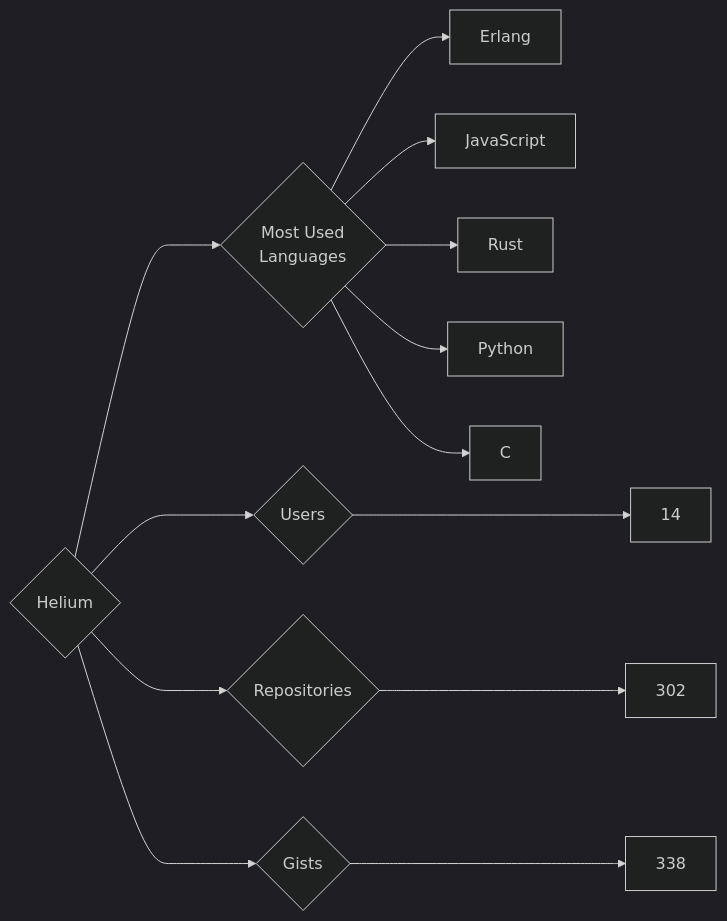
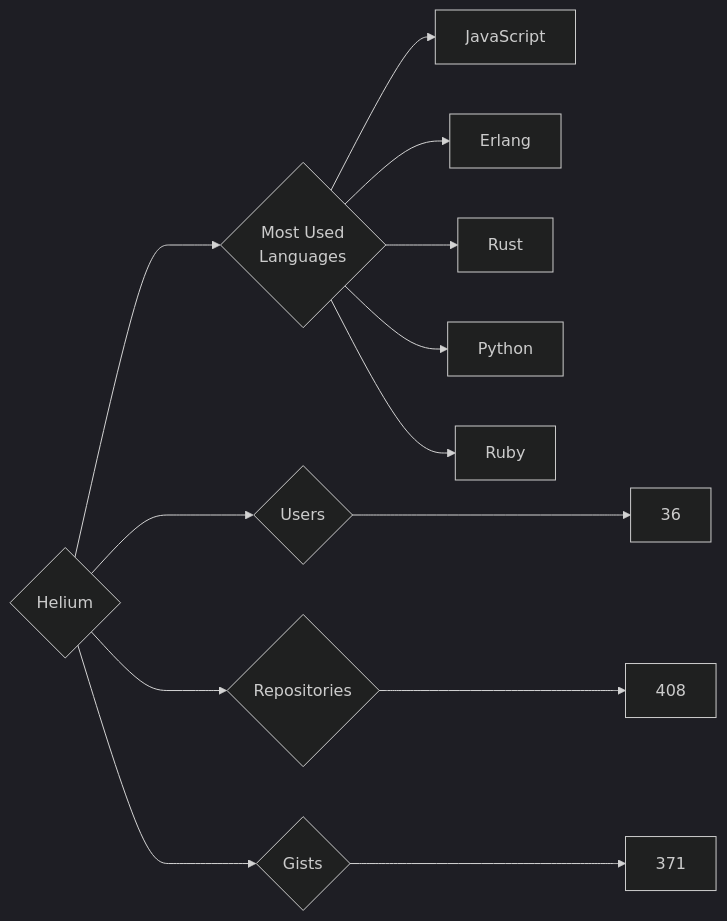
The diagram in targets/Helium/README.md (trickest/insiders), drawn with Mermaid (dark theme) before and after one commit. The commit also changed 895 other files, not shown here.

````diff
--- a/targets/Helium/README.md
+++ b/targets/Helium/README.md
@@ -3,13 +3,13 @@
 ```mermaid
 graph LR
 COMPANY_NAME{Helium}
-COMPANY_NAME ---> U{Users} ---> UN[14]
-COMPANY_NAME ---> R{Repositories} ---> RN[302]
-COMPANY_NAME ---> G{Gists} ---> GN[338]
+COMPANY_NAME ---> U{Users} ---> UN[36]
+COMPANY_NAME ---> R{Repositories} ---> RN[408]
+COMPANY_NAME ---> G{Gists} ---> GN[371]
 COMPANY_NAME ---> ML{Most Used<br>Languages}
+ML --> JavaScript[JavaScript]
 ML --> Erlang[Erlang]
-ML --> JavaScript[JavaScript]
 ML --> Rust[Rust]
 ML --> Python[Python]
-ML --> C[C]
+ML --> Ruby[Ruby]
 ```
````
